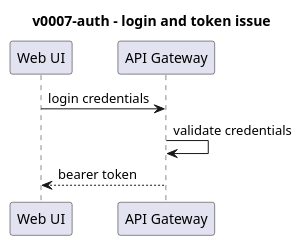
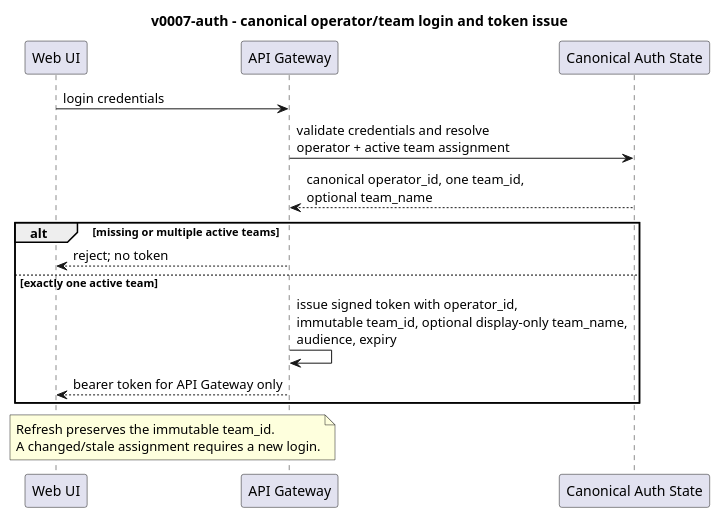
Before and after one commit to pandops/flowai: the diagram in openspec/changes/v0007-auth/specs/diagrams/01-auth-login.puml, drawn with PlantUML. The commit also changed other lines of this file and 2 other files, not shown here.

Commit message:
docs(auth): document authentication flows
Ultraworked with [Sisyphus](https://github.com/code-yeongyu/oh-my-openagent)

```diff
--- a/openspec/changes/v0007-auth/specs/diagrams/01-auth-login.puml
+++ b/openspec/changes/v0007-auth/specs/diagrams/01-auth-login.puml
@@ -1,11 +2,23 @@
 @startuml
-title v0007-auth - login and token issue
+title v0007-auth - canonical operator/team login and token issue
 
 participant "Web UI" as UI
 participant "API Gateway" as GW
+participant "Canonical Auth State" as Auth
 
 UI -> GW : login credentials
-GW -> GW : validate credentials
-GW --> UI : bearer token
+GW -> Auth : validate credentials and resolve\noperator + active team assignment
+Auth --> GW : canonical operator_id, one team_id,\noptional team_name
+alt missing or multiple active teams
+  GW --> UI : reject; no token
+else exactly one active team
+  GW -> GW : issue signed token with operator_id,\nimmutable team_id, optional display-only team_name,\naudience, expiry
+  GW --> UI : bearer token for API Gateway only
+end
+
+note over UI,GW
+Refresh preserves the immutable team_id.
+A changed/stale assignment requires a new login.
+end note
 
 @enduml
```
